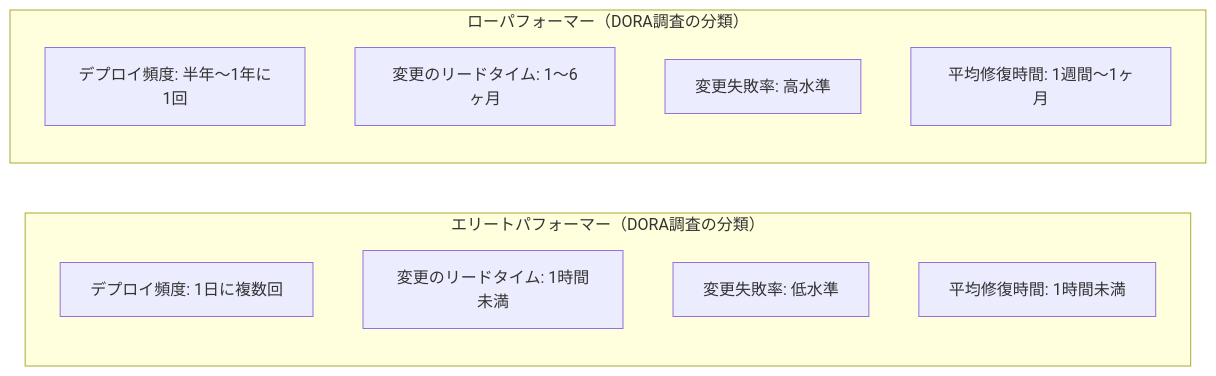
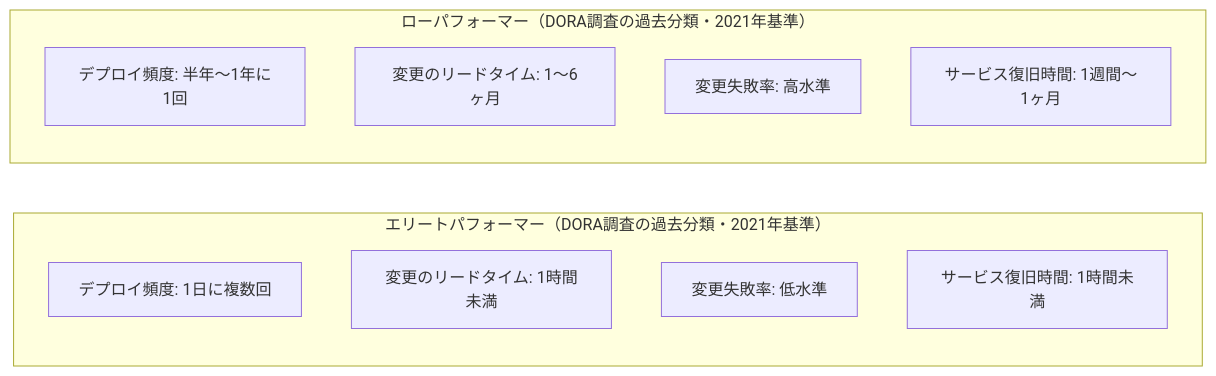
Before and after one commit to myoshi2891/Cloud-Infrastructure-Studies: diagram 18 of 19 in The-devops-handbook.md, drawn with Mermaid. The commit also changed other lines of this file, not shown here.

````diff
--- a/The-devops-handbook.md
+++ b/The-devops-handbook.md
@@ -558,17 +558,17 @@
 ```mermaid
 flowchart LR
-    subgraph elite["エリートパフォーマー（DORA調査の分類）"]
+    subgraph elite["エリートパフォーマー（DORA調査の過去分類・2021年基準）"]
         direction TB
         E1["デプロイ頻度: 1日に複数回"]
         E2["変更のリードタイム: 1時間未満"]
         E3["変更失敗率: 低水準"]
-        E4["平均修復時間: 1時間未満"]
+        E4["サービス復旧時間: 1時間未満"]
     end
-    subgraph low["ローパフォーマー（DORA調査の分類）"]
+    subgraph low["ローパフォーマー（DORA調査の過去分類・2021年基準）"]
         direction TB
         LW1["デプロイ頻度: 半年〜1年に1回"]
         LW2["変更のリードタイム: 1〜6ヶ月"]
         LW3["変更失敗率: 高水準"]
-        LW4["平均修復時間: 1週間〜1ヶ月"]
+        LW4["サービス復旧時間: 1週間〜1ヶ月"]
     end
 ```
````
